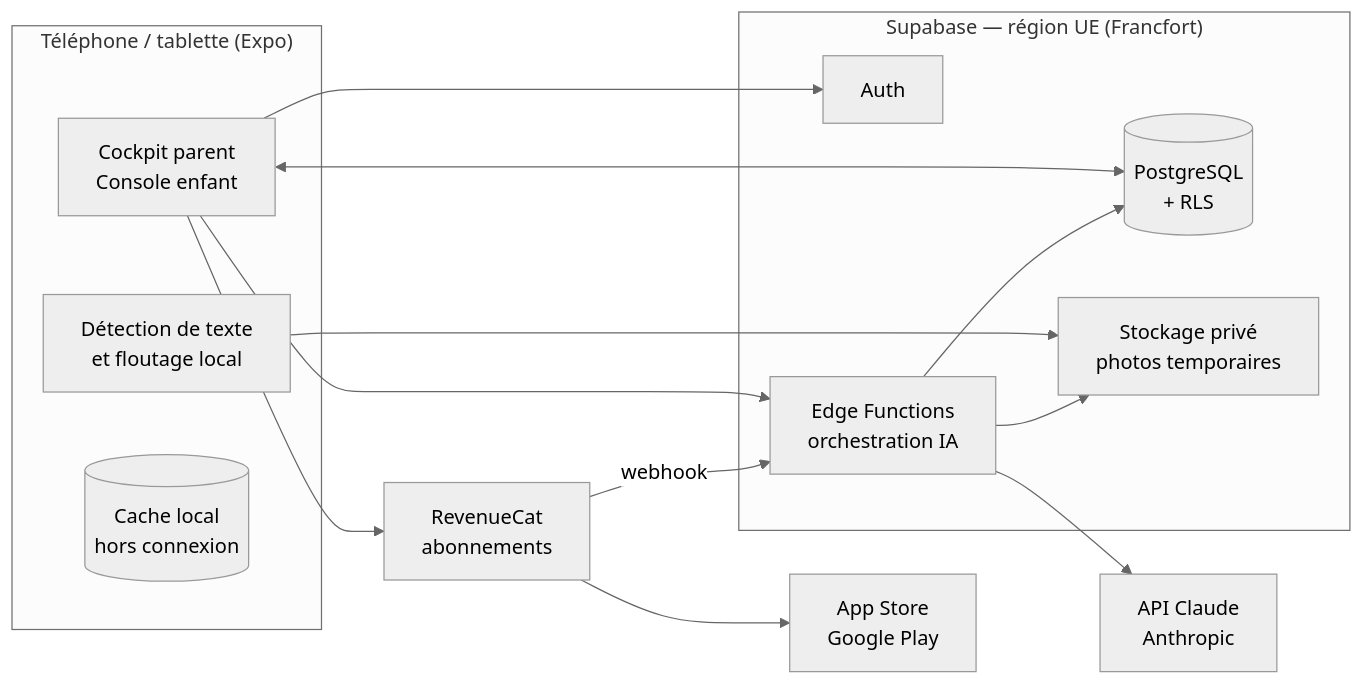
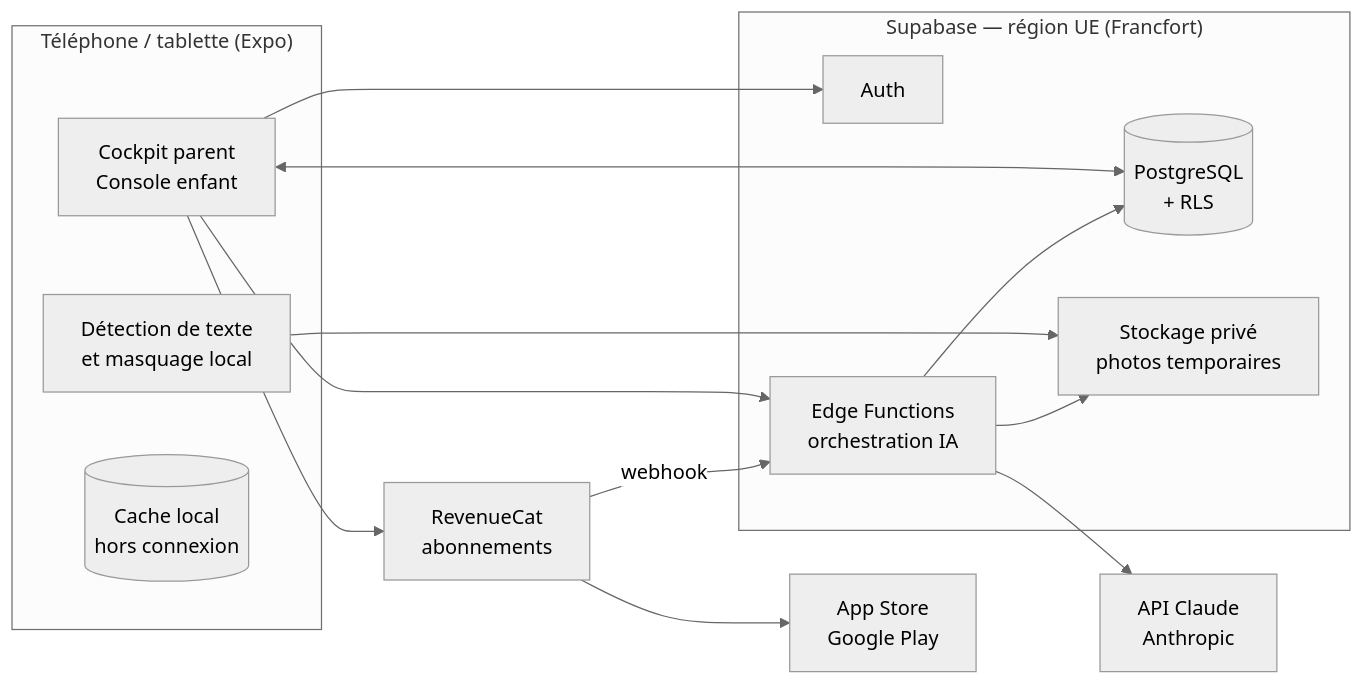
One commit to ClaudioD84/C-te-C-te changed the first of 3 diagrams in docs/architecture.md. Above: the diagram before and after it, drawn with Mermaid (neutral theme). The commit also changed other lines of this file and 1 other file, not shown here.

````diff
--- a/docs/architecture.md
+++ b/docs/architecture.md
@@ -17,30 +17,30 @@
 ```mermaid
 flowchart LR
     subgraph Appareil["Téléphone / tablette (Expo)"]
         UI[Cockpit parent<br/>Console enfant]
-        OCR[Détection de texte<br/>et floutage local]
+        OCR[Détection de texte<br/>et masquage local]
         DB[(Cache local<br/>hors connexion)]
     end
 
     subgraph Supabase["Supabase — région UE (Francfort)"]
         AUTH[Auth]
         PG[(PostgreSQL<br/>+ RLS)]
         ST[Stockage privé<br/>photos temporaires]
         EF[Edge Functions<br/>orchestration IA]
     end
 
     RC[RevenueCat<br/>abonnements]
     AI[API Claude<br/>Anthropic]
     STORES[App Store<br/>Google Play]
 
     UI --> AUTH
     UI <--> PG
     OCR --> ST
     UI --> EF
     EF --> ST
     EF --> AI
     EF --> PG
     UI --> RC
     RC --> STORES
     RC -- webhook --> EF
 ```
````
